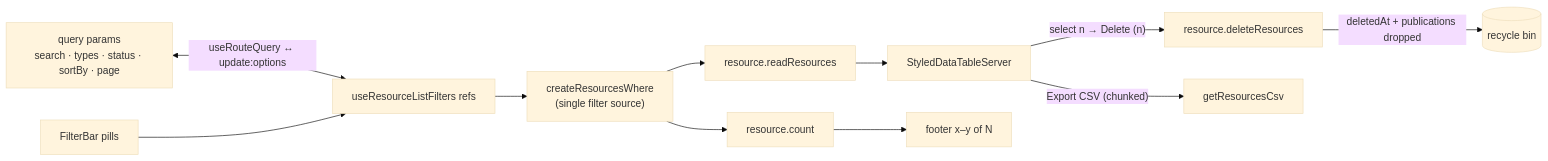
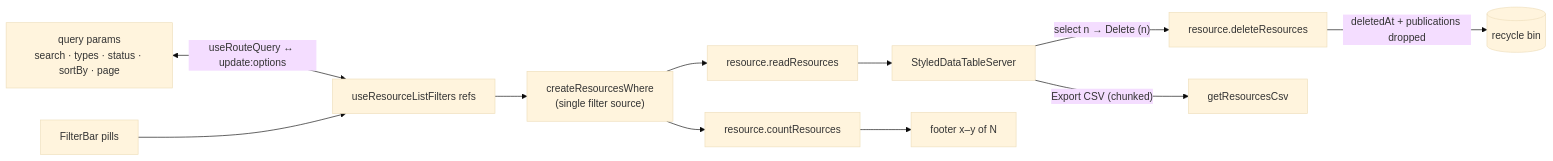
One commit to Esposter/Esposter changed the diagram in packages/app/content/docs/platform/list-filters-and-views.md. Above: the diagram before and after it, drawn with Mermaid (base theme). The commit also changed other lines of this file and 17 other files, not shown here.

````diff
--- a/packages/app/content/docs/platform/list-filters-and-views.md
+++ b/packages/app/content/docs/platform/list-filters-and-views.md
@@ -45,10 +45,10 @@
 ```mermaid
 flowchart LR
   URL["query params<br/>search · types · status · sortBy · page"] <-->|"useRouteQuery ↔ update:options"| STATE["useResourceListFilters refs"]
   PILLS["FilterBar pills"] --> STATE
   STATE --> WHERE["createResourcesWhere<br/>(single filter source)"]
   WHERE --> RR["resource.readResources"] --> TABLE["StyledDataTableServer"]
-  WHERE --> CNT["resource.count"] --> FOOTER["footer x–y of N"]
+  WHERE --> CNT["resource.countResources"] --> FOOTER["footer x–y of N"]
   TABLE -->|"select n → Delete (n)"| BULK["resource.deleteResources"] -->|"deletedAt + publications dropped"| GONE[("recycle bin")]
   TABLE -->|"Export CSV (chunked)"| CSV["getResourcesCsv"]
 ```
````
